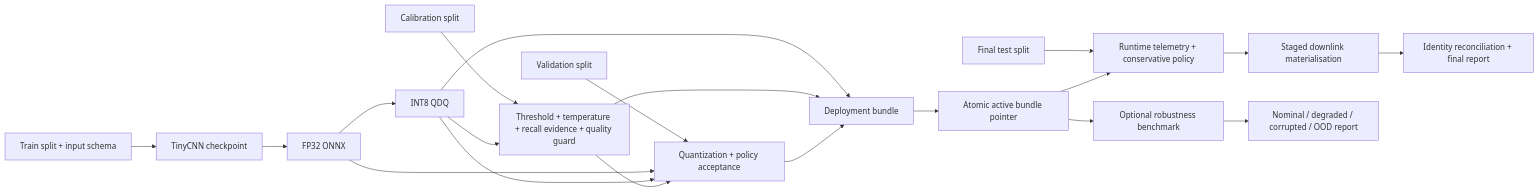
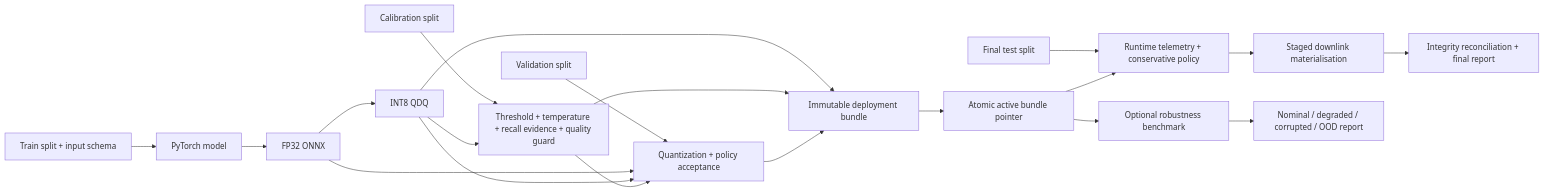
One commit to sylvesterkaczmarek/phisat2-trustworthy-onboard-ai changed the diagram in README.md. Above: the diagram before and after it, drawn with Mermaid. The commit also changed other lines of this file and 17 other files, not shown here.

````diff
--- a/README.md
+++ b/README.md
@@ -15,22 +17,22 @@
 ```mermaid
 flowchart LR
-    A[Train split + input schema] --> B[TinyCNN checkpoint]
+    A[Train split + input schema] --> B[PyTorch model]
     B --> C[FP32 ONNX]
     C --> D[INT8 QDQ]
     E[Calibration split] --> F[Threshold + temperature + recall evidence + quality guard]
     D --> F
     V[Validation split] --> G[Quantization + policy acceptance]
     C --> G
     D --> G
     F --> G
-    D --> K[Deployment bundle]
+    D --> K[Immutable deployment bundle]
     F --> K
     G --> K
     K --> L[Atomic active bundle pointer]
     T[Final test split] --> H[Runtime telemetry + conservative policy]
     L --> H
     H --> I[Staged downlink materialisation]
-    I --> J[Identity reconciliation + final report]
+    I --> J[Integrity reconciliation + final report]
     L --> R[Optional robustness benchmark]
     R --> S[Nominal / degraded / corrupted / OOD report]
 ```
````
